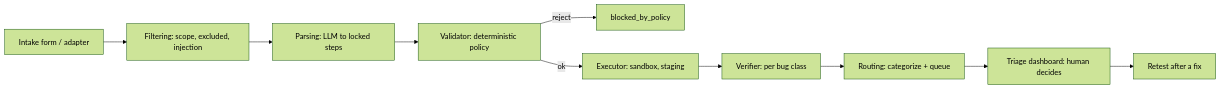
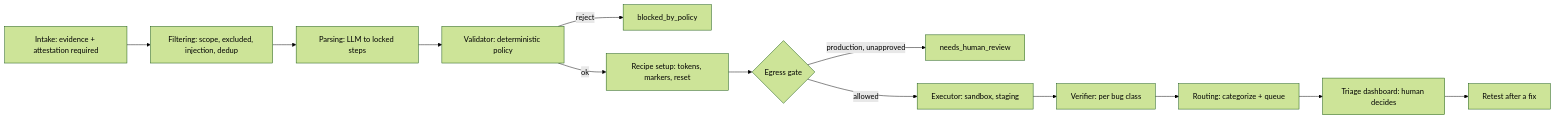
The diagram in README.md (sekawansec/DeSlop), drawn with Mermaid (forest theme) before and after one commit. The commit also changed other lines of this file and 57 other files, not shown here.

````diff
--- a/README.md
+++ b/README.md
@@ -37,12 +37,15 @@
 ```mermaid
 flowchart LR
-    A[Intake form / adapter] --> B[Filtering: scope, excluded, injection]
+    A[Intake: evidence + attestation required] --> B[Filtering: scope, excluded, injection, dedup]
     B --> C[Parsing: LLM to locked steps]
     C --> D[Validator: deterministic policy]
     D -->|reject| X[blocked_by_policy]
-    D -->|ok| E[Executor: sandbox, staging]
-    E --> F[Verifier: per bug class]
-    F --> G[Routing: categorize + queue]
-    G --> H[Triage dashboard: human decides]
-    H --> I[Retest after a fix]
+    D -->|ok| S[Recipe setup: tokens, markers, reset]
+    S --> E{Egress gate}
+    E -->|production, unapproved| HR[needs_human_review]
+    E -->|allowed| F[Executor: sandbox, staging]
+    F --> G[Verifier: per bug class]
+    G --> H[Routing: categorize + queue]
+    H --> I[Triage dashboard: human decides]
+    I --> J[Retest after a fix]
 ```
````
